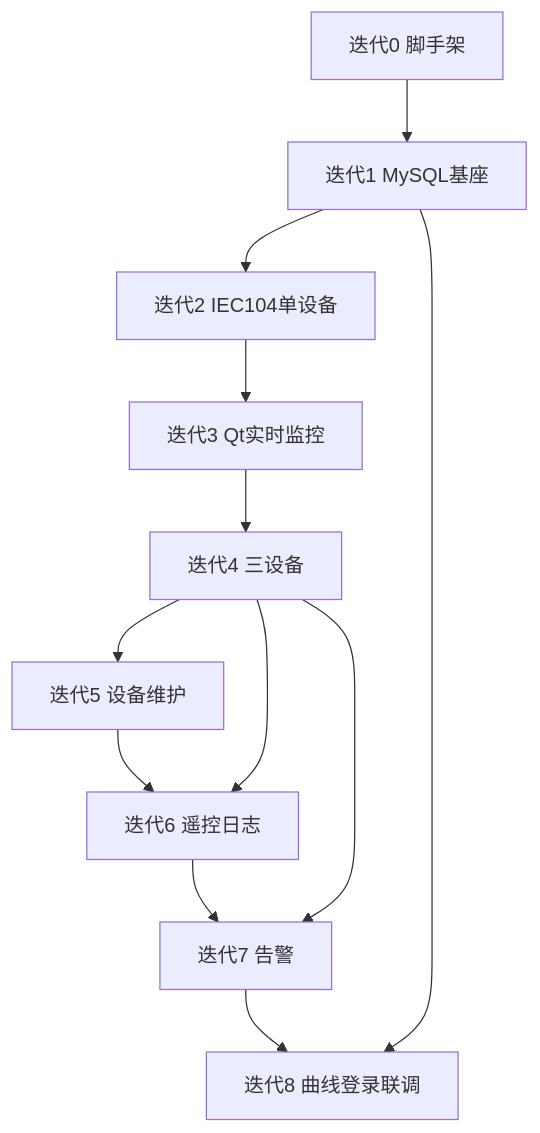
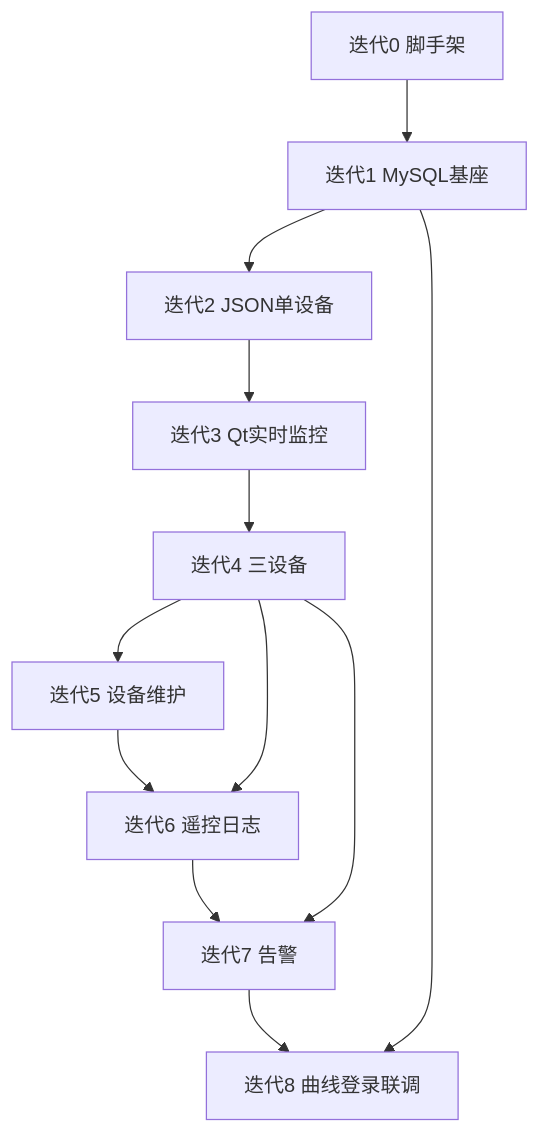
The diagram in docs/roadmap.md (tanhuang2016/scada-demo), drawn with Mermaid before and after one commit. The commit also changed other lines of this file and 14 other files, not shown here.

````diff
--- a/docs/roadmap.md
+++ b/docs/roadmap.md
@@ -313,24 +318,24 @@
 ```mermaid
 flowchart TD
   I0[迭代0 脚手架]
   I1[迭代1 MySQL基座]
-  I2[迭代2 IEC104单设备]
+  I2[迭代2 JSON单设备]
   I3[迭代3 Qt实时监控]
   I4[迭代4 三设备]
   I5[迭代5 设备维护]
   I6[迭代6 遥控日志]
   I7[迭代7 告警]
   I8[迭代8 曲线登录联调]
 
   I0 --> I1
   I1 --> I2
   I2 --> I3
   I3 --> I4
   I4 --> I5
   I5 --> I6
   I4 --> I6
   I6 --> I7
   I4 --> I7
   I7 --> I8
   I1 --> I8
 ```
````
